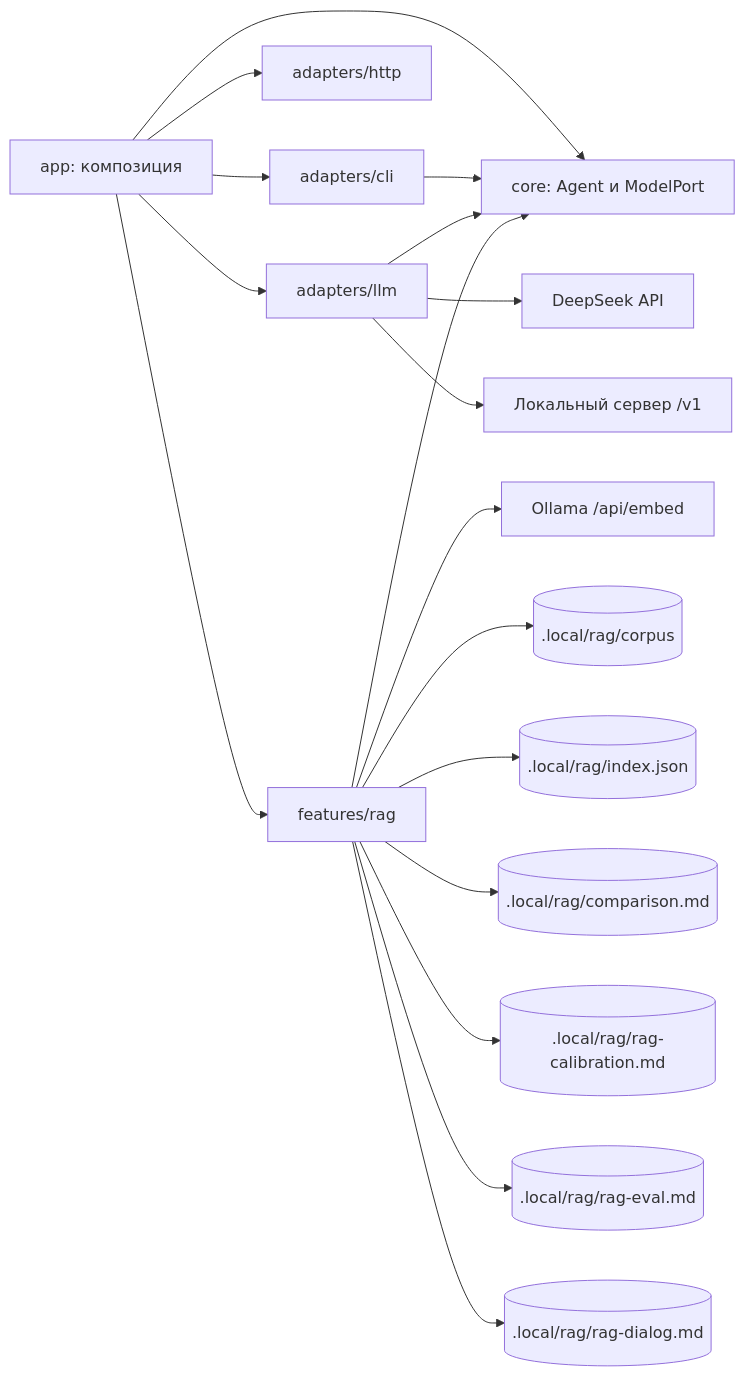
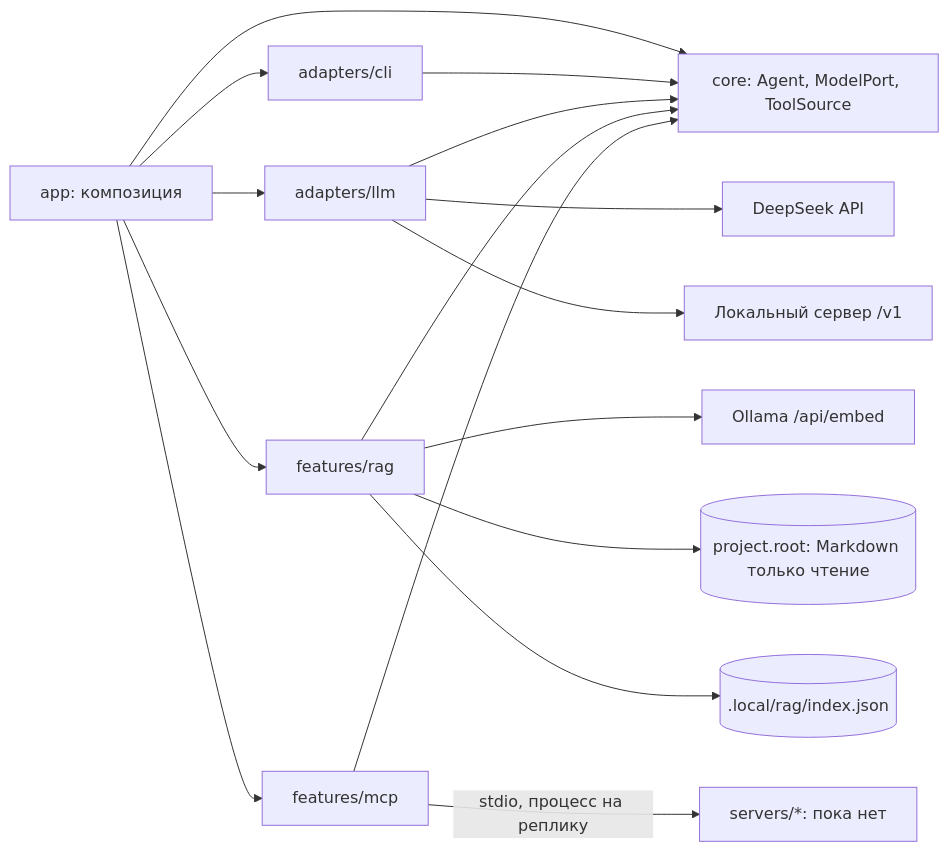
Before and after one commit to maxonmars/devflow-lab: the diagram in ARCHITECTURE.md, drawn with Mermaid. The commit also changed other lines of this file and 16 other files, not shown here.

Commit message:
Document week 7 foundation: AGENTS, architecture, course plan, ADR 0001, demo

````diff
--- a/ARCHITECTURE.md
+++ b/ARCHITECTURE.md
@@ -9,20 +10,18 @@
 ```mermaid
 flowchart LR
-    App[app: композиция] --> Core[core: Agent и ModelPort]
+    App[app: композиция] --> Core[core: Agent, ModelPort, ToolSource]
     App --> CLI[adapters/cli]
-    App --> Http[adapters/http]
     App --> LLM[adapters/llm]
     App --> Rag[features/rag]
+    App --> Mcp[features/mcp]
     CLI --> Core
     LLM --> Core
     LLM --> DeepSeek[DeepSeek API]
     LLM --> Local[Локальный сервер /v1]
     Rag --> Core
     Rag --> Ollama[Ollama /api/embed]
-    Rag --> Corpus[(.local/rag/corpus)]
+    Rag --> Project[(project.root: Markdown только чтение)]
     Rag --> Index[(.local/rag/index.json)]
-    Rag --> Report[(.local/rag/comparison.md)]
-    Rag --> Calibration[(.local/rag/rag-calibration.md)]
-    Rag --> EvalReport[(.local/rag/rag-eval.md)]
-    Rag --> DialogReport[(.local/rag/rag-dialog.md)]
+    Mcp --> Core
+    Mcp -->|stdio, процесс на реплику| Servers[servers/*: пока нет]
 ```
````
